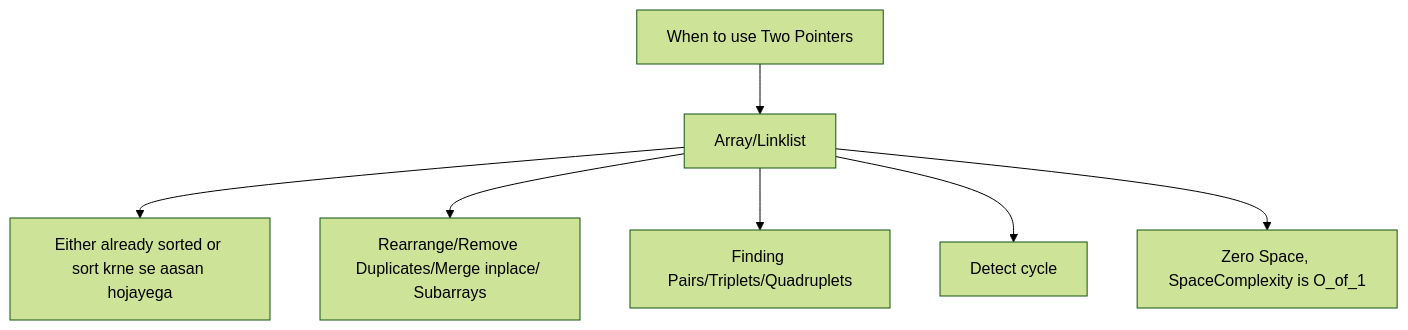
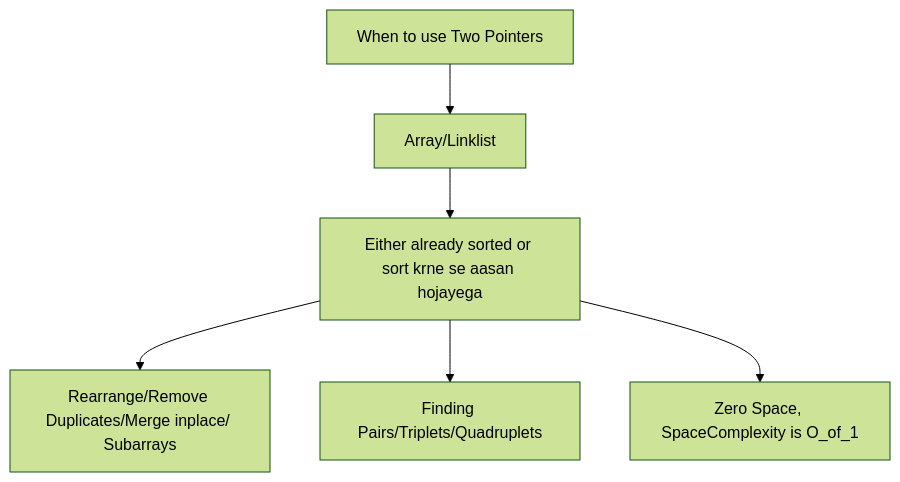
The diagram in 01/readme.md (Aumkar2007/dsa-logbook), drawn with Mermaid (forest theme) before and after one commit.

Commit message:
Refactor mermaid graph structure in readme

````diff
--- a/01/readme.md
+++ b/01/readme.md
@@ -1,9 +1,8 @@
 ```mermaid
 graph TD;
     A[When to use Two Pointers]-->B[Array/Linklist];
     B-->C[Either already sorted or sort krne se aasan hojayega];
-    B-->D[Rearrange/Remove Duplicates/Merge inplace/ Subarrays];
-    B-->E[Finding Pairs/Triplets/Quadruplets];
-    B-->F[Detect cycle];
-    B-->G[Zero Space, SpaceComplexity is O_of_1];
+    C-->D[Rearrange/Remove Duplicates/Merge inplace/ Subarrays];
+    C-->E[Finding Pairs/Triplets/Quadruplets];
+    C-->G[Zero Space, SpaceComplexity is O_of_1];
 ```
````
